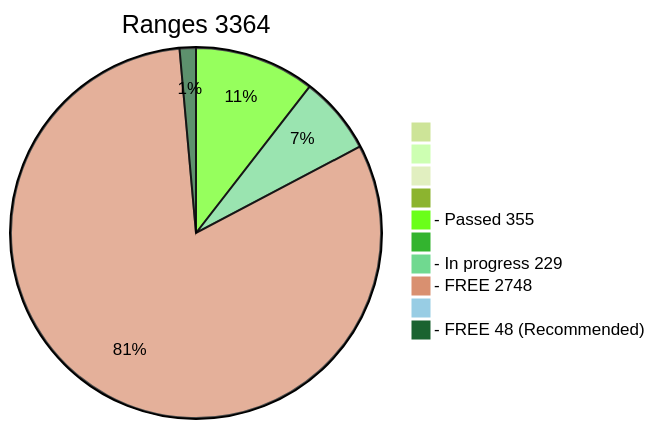
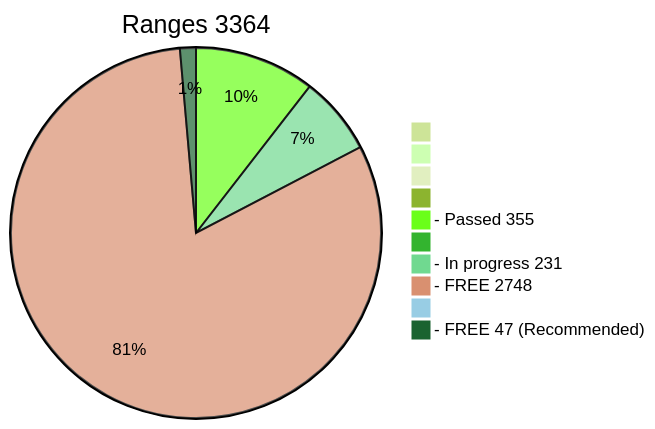
Before and after one commit to phrutis/wif500: the diagram in x64/Release/table.md, drawn with Mermaid (forest theme). The commit also changed other lines of this file, not shown here.

````diff
--- a/x64/Release/table.md
+++ b/x64/Release/table.md
@@ -2,13 +2,13 @@
 ```mermaid
 pie title Ranges 3364
   " " : 0
   "  " : 0
   "   " : 0
   "    " : 0
   "- Passed 355" : 355
   "     " : 0
-  "- In progress 229" : 229
+  "- In progress 231" : 231
   "- FREE 2748" : 2748
   "      " : 0
-  "- FREE 48 (Recommended)" : 48
+  "- FREE 47 (Recommended)" : 47
 ```
````
